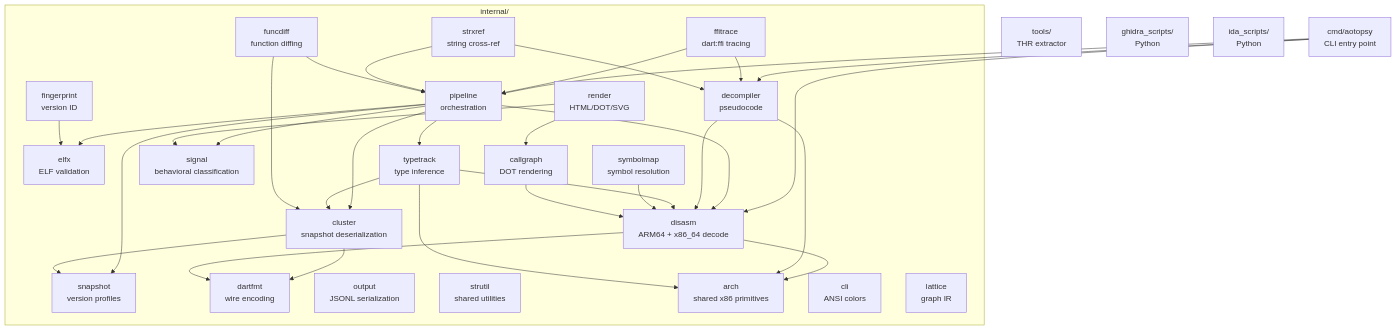
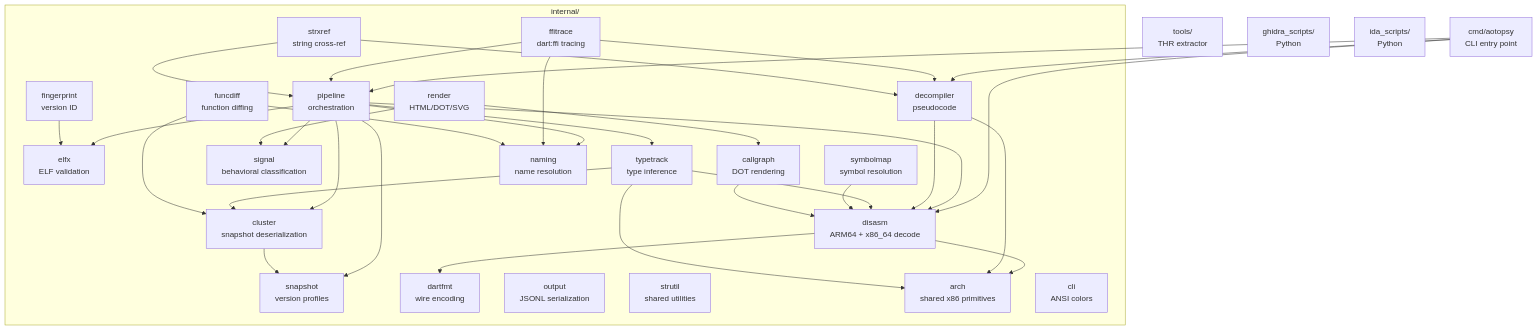
The diagram in AGENTS.md (BroNils/aotopsy), drawn with Mermaid before and after one commit. The commit also changed other lines of this file and 167 other files, not shown here.

````diff
--- a/AGENTS.md
+++ b/AGENTS.md
@@ -49,60 +49,61 @@
 ```mermaid
 flowchart TD
     CLI_ENTRY[cmd/aotopsy<br/>CLI entry point]
     subgraph "internal/"
         ELFX[elfx<br/>ELF validation]
         SNAP[snapshot<br/>version profiles]
         DART[dartfmt<br/>wire encoding]
         CLUST[cluster<br/>snapshot deserialization]
         DISASM[disasm<br/>ARM64 + x86_64 decode]
         CG[callgraph<br/>DOT rendering]
         SIG[signal<br/>behavioral classification]
         REND[render<br/>HTML/DOT/SVG]
         OUT[output<br/>JSONL serialization]
         DEC[decompiler<br/>pseudocode]
         TT[typetrack<br/>type inference]
         FP[fingerprint<br/>version ID]
         FD[funcdiff<br/>function diffing]
         SM[symbolmap<br/>symbol resolution]
         FFI[ffitrace<br/>dart:ffi tracing]
         SX[strxref<br/>string cross-ref]
         SU[strutil<br/>shared utilities]
         ARCH[arch<br/>shared x86 primitives]
         CLI[cli<br/>ANSI colors]
-        LAT[lattice<br/>graph IR]
+        NAMING[naming<br/>name resolution]
         PIPE[pipeline<br/>orchestration]
     end
     TOOLS[tools/<br/>THR extractor]
     GHIDRA[ghidra_scripts/<br/>Python]
     IDA[ida_scripts/<br/>Python]
 
     CLI_ENTRY --> PIPE
     CLI_ENTRY --> DEC
     CLI_ENTRY --> DISASM
     PIPE --> ELFX
     PIPE --> SNAP
     PIPE --> CLUST
     PIPE --> DISASM
     PIPE --> SIG
     PIPE --> TT
-    CLUST --> DART
+    PIPE --> NAMING
     CLUST --> SNAP
     DISASM --> DART
     DISASM --> ARCH
     DEC --> DISASM
     DEC --> ARCH
     TT --> DISASM
     TT --> CLUST
     TT --> ARCH
     FFI --> PIPE
     FFI --> DEC
+    FFI --> NAMING
     SX --> PIPE
     SX --> DEC
     FD --> CLUST
-    FD --> PIPE
+    FD --> NAMING
     SM --> DISASM
     FP --> ELFX
     CG --> DISASM
     REND --> CG
     REND --> SIG
 ```
````
